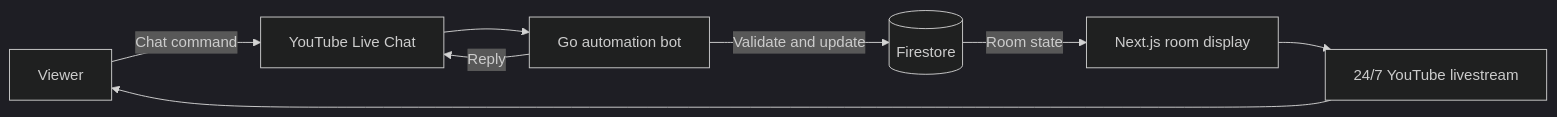
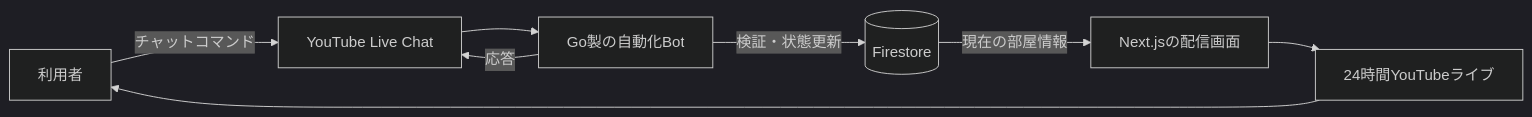
The diagram in README.md (kani3camp/youtube-study-space), drawn with Mermaid (dark theme) before and after one commit. The commit also changed other lines of this file, not shown here.

````diff
--- a/README.md
+++ b/README.md
@@ -89,10 +89,10 @@
 ```mermaid
 flowchart LR
-    Viewer[Viewer] -->|Chat command| Chat[YouTube Live Chat]
-    Chat --> Bot[Go automation bot]
-    Bot -->|Validate and update| DB[(Firestore)]
-    DB -->|Room state| Monitor[Next.js room display]
-    Monitor --> Stream[24/7 YouTube livestream]
-    Bot -->|Reply| Chat
-    Stream --> Viewer
+    User[利用者] -->|チャットコマンド| Chat[YouTube Live Chat]
+    Chat --> Bot[Go製の自動化Bot]
+    Bot -->|検証・状態更新| DB[(Firestore)]
+    DB -->|現在の部屋情報| Monitor[Next.jsの配信画面]
+    Monitor --> Stream[24時間YouTubeライブ]
+    Bot -->|応答| Chat
+    Stream --> User
 ```
````
